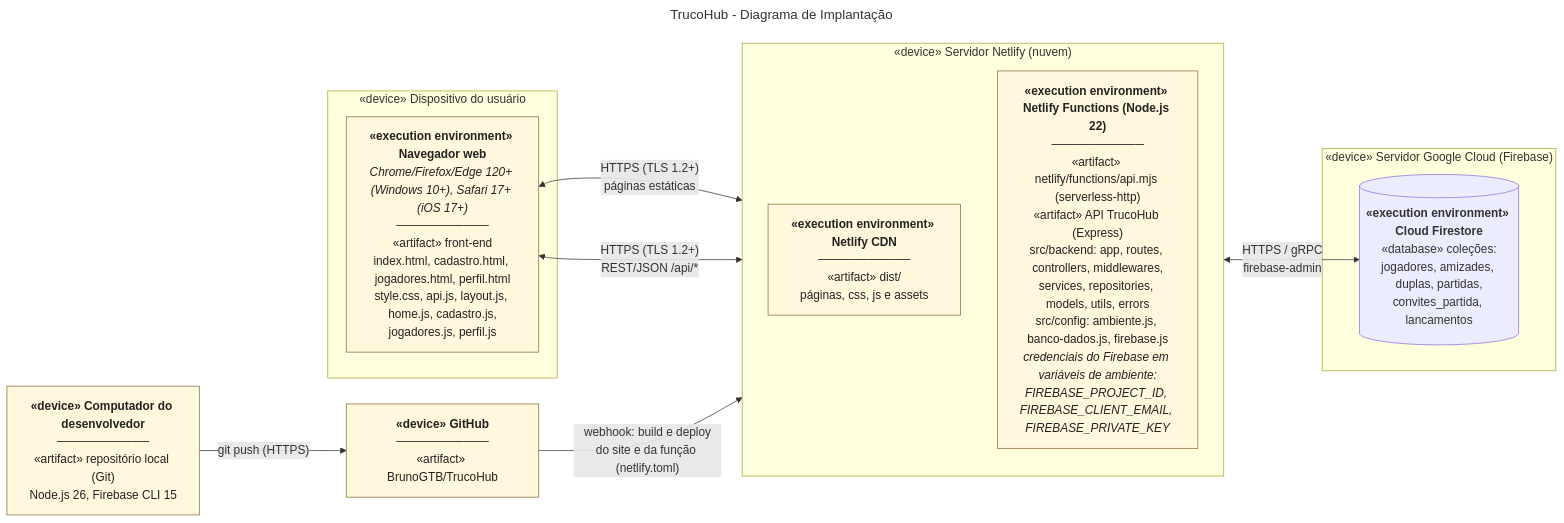
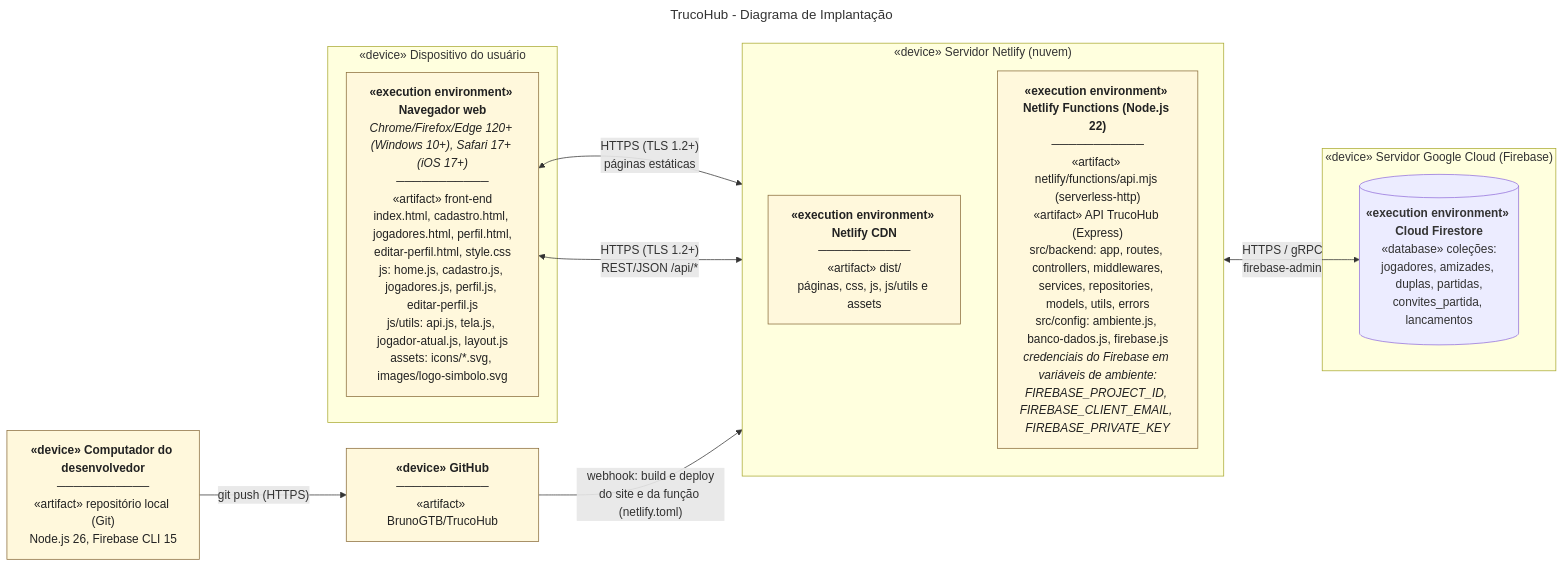
Diagram 11 of 11 in docs/diagramas/README.md (BrunoGTB/TrucoHub), drawn with Mermaid before and after one commit. The commit also changed other lines of this file and 6 other files, not shown here.

First line of the commit message:
docs(diagramas): alinha jogador às telas montadas do Figma

````diff
--- a/docs/diagramas/README.md
+++ b/docs/diagramas/README.md
@@ -749,31 +759,31 @@
 ```mermaid
 ---
 title: "TrucoHub - Diagrama de Implantação"
 ---
 flowchart LR
     subgraph CLIENTE["«device» Dispositivo do usuário"]
-        FRONTART["<b>«execution environment» Navegador web</b><br/><i>Chrome/Firefox/Edge 120+ (Windows 10+), Safari 17+ (iOS 17+)</i><br/>───────────<br/>«artifact» front-end<br/>index.html, cadastro.html, jogadores.html, perfil.html<br/>style.css, api.js, layout.js, home.js, cadastro.js,<br/>jogadores.js, perfil.js"]
+        FRONTART["<b>«execution environment» Navegador web</b><br/><i>Chrome/Firefox/Edge 120+ (Windows 10+), Safari 17+ (iOS 17+)</i><br/>───────────<br/>«artifact» front-end<br/>index.html, cadastro.html, jogadores.html, perfil.html,<br/>editar-perfil.html, style.css<br/>js: home.js, cadastro.js, jogadores.js, perfil.js, editar-perfil.js<br/>js/utils: api.js, tela.js, jogador-atual.js, layout.js<br/>assets: icons/*.svg, images/logo-simbolo.svg"]
     end
 
     subgraph NETLIFY["«device» Servidor Netlify (nuvem)"]
         direction TB
-        DIST["<b>«execution environment» Netlify CDN</b><br/>───────────<br/>«artifact» dist/<br/>páginas, css, js e assets"]
+        DIST["<b>«execution environment» Netlify CDN</b><br/>───────────<br/>«artifact» dist/<br/>páginas, css, js, js/utils e assets"]
         API["<b>«execution environment» Netlify Functions (Node.js 22)</b><br/>───────────<br/>«artifact» netlify/functions/api.mjs (serverless-http)<br/>«artifact» API TrucoHub (Express)<br/>src/backend: app, routes, controllers, middlewares,<br/>services, repositories, models, utils, errors<br/>src/config: ambiente.js, banco-dados.js, firebase.js<br/><i>credenciais do Firebase em variáveis de ambiente:<br/>FIREBASE_PROJECT_ID, FIREBASE_CLIENT_EMAIL, FIREBASE_PRIVATE_KEY</i>"]
     end
 
     subgraph GOOGLE["«device» Servidor Google Cloud (Firebase)"]
         DB[("<b>«execution environment» Cloud Firestore</b><br/>«database» coleções:<br/>jogadores, amizades, duplas, partidas,<br/>convites_partida, lancamentos")]
     end
 
     GIT["<b>«device» Computador do desenvolvedor</b><br/>───────────<br/>«artifact» repositório local (Git)<br/>Node.js 26, Firebase CLI 15"]
     REPO["<b>«device» GitHub</b><br/>───────────<br/>«artifact» BrunoGTB/TrucoHub"]
 
     FRONTART <-->|"HTTPS (TLS 1.2+)<br/>páginas estáticas"| DIST
     FRONTART <-->|"HTTPS (TLS 1.2+)<br/>REST/JSON /api/*"| API
     API <-->|"HTTPS / gRPC<br/>firebase-admin"| DB
     GIT -->|"git push (HTTPS)"| REPO
     REPO -->|"webhook: build e deploy<br/>do site e da função (netlify.toml)"| NETLIFY
 
     classDef art fill:#fff8dc,stroke:#8a6d3b,color:#222
     class FRONTART,DIST,API,GIT,REPO art
 ```
````
